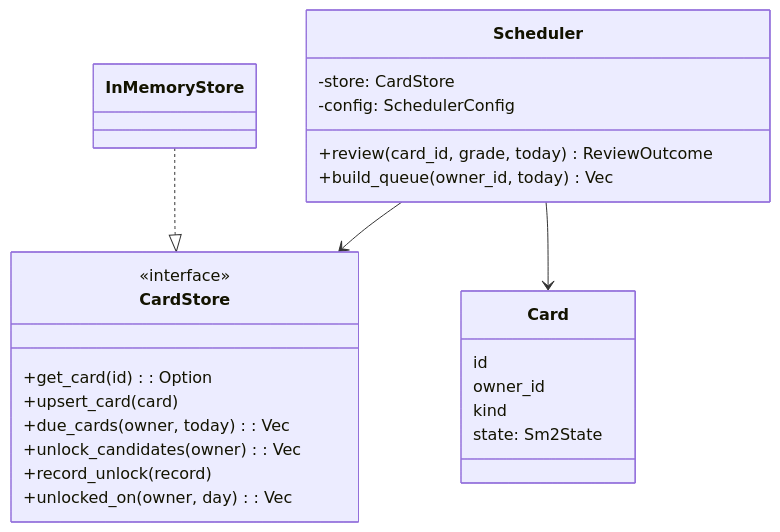
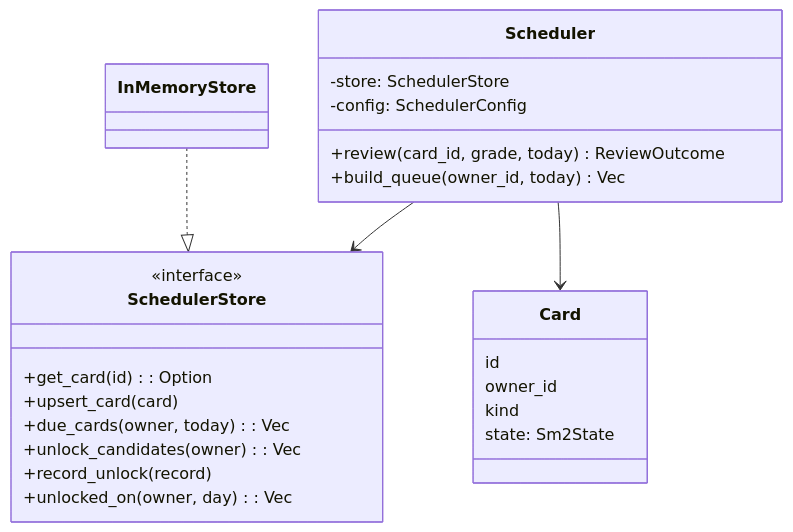
One commit to aaweaver-actuary/chess-training changed the first of 2 diagrams in docs/rust-structs-glossary.md. Above: the diagram before and after it, drawn with Mermaid. The commit also changed other lines of this file and 20 other files, not shown here.

Commit message:
Rename storage traits to ReviewCardStore and SchedulerStore

````diff
--- a/docs/rust-structs-glossary.md
+++ b/docs/rust-structs-glossary.md
@@ -284,28 +284,28 @@
 ```mermaid
 classDiagram
     class Scheduler {
-      -store: CardStore
+      -store: SchedulerStore
       -config: SchedulerConfig
       +review(card_id, grade, today) ReviewOutcome
       +build_queue(owner_id, today) Vec<Card>
     }
-    class CardStore {
+    class SchedulerStore {
       <<interface>>
       +get_card(id): Option<Card>
       +upsert_card(card)
       +due_cards(owner, today): Vec<Card>
       +unlock_candidates(owner): Vec<Card>
       +record_unlock(record)
       +unlocked_on(owner, day): Vec<UnlockRecord>
     }
     class InMemoryStore
     class Card {
       id
       owner_id
       kind
       state: Sm2State
     }
-    Scheduler --> CardStore
-    InMemoryStore ..|> CardStore
+    Scheduler --> SchedulerStore
+    InMemoryStore ..|> SchedulerStore
     Scheduler --> Card
 ```
````
